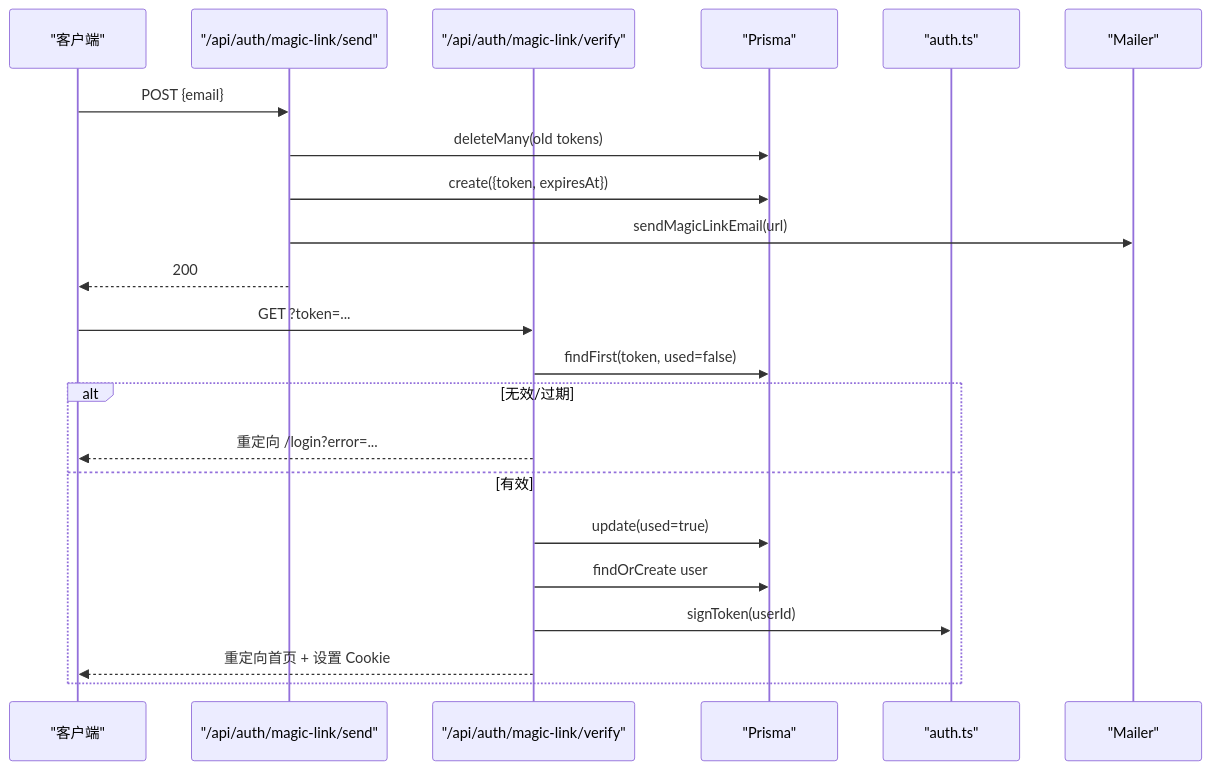
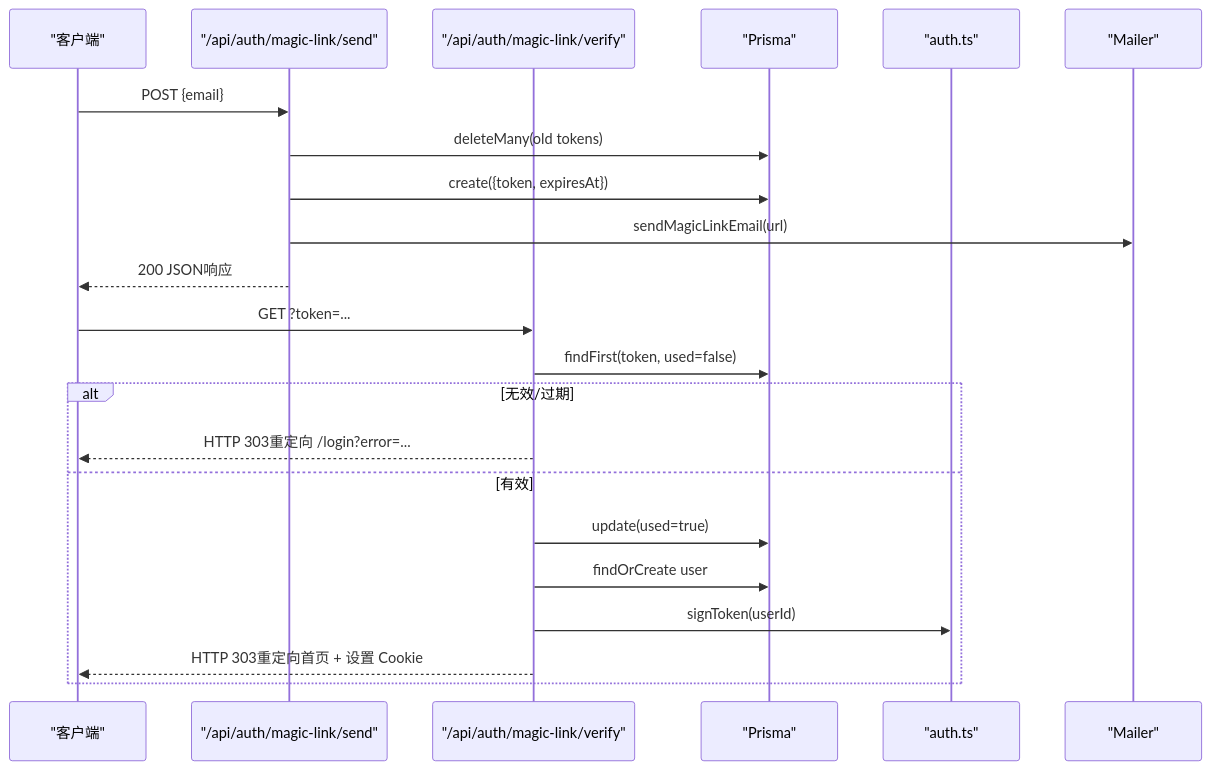
Before and after one commit to kangkang919/xinya: the fifth of 10 diagrams in .qoder/repowiki/zh/content/用户认证系统/用户认证系统.md, drawn with Mermaid. The commit also changed other lines of this file and 35 other files, not shown here.

````diff
--- a/.qoder/repowiki/zh/content/用户认证系统/用户认证系统.md
+++ b/.qoder/repowiki/zh/content/用户认证系统/用户认证系统.md
@@ -223,24 +263,24 @@
 ```mermaid
 sequenceDiagram
 participant C as "客户端"
 participant S as "/api/auth/magic-link/send"
 participant V as "/api/auth/magic-link/verify"
 participant P as "Prisma"
 participant A as "auth.ts"
 participant M as "Mailer"
 C->>S : POST {email}
 S->>P : deleteMany(old tokens)
 S->>P : create({token, expiresAt})
 S->>M : sendMagicLinkEmail(url)
-S-->>C : 200
+S-->>C : 200 JSON响应
 C->>V : GET ?token=...
 V->>P : findFirst(token, used=false)
 alt 无效/过期
-V-->>C : 重定向 /login?error=...
+V-->>C : HTTP 303重定向 /login?error=...
 else 有效
 V->>P : update(used=true)
 V->>P : findOrCreate user
 V->>A : signToken(userId)
-V-->>C : 重定向首页 + 设置 Cookie
+V-->>C : HTTP 303重定向首页 + 设置 Cookie
 end
 ```
````
